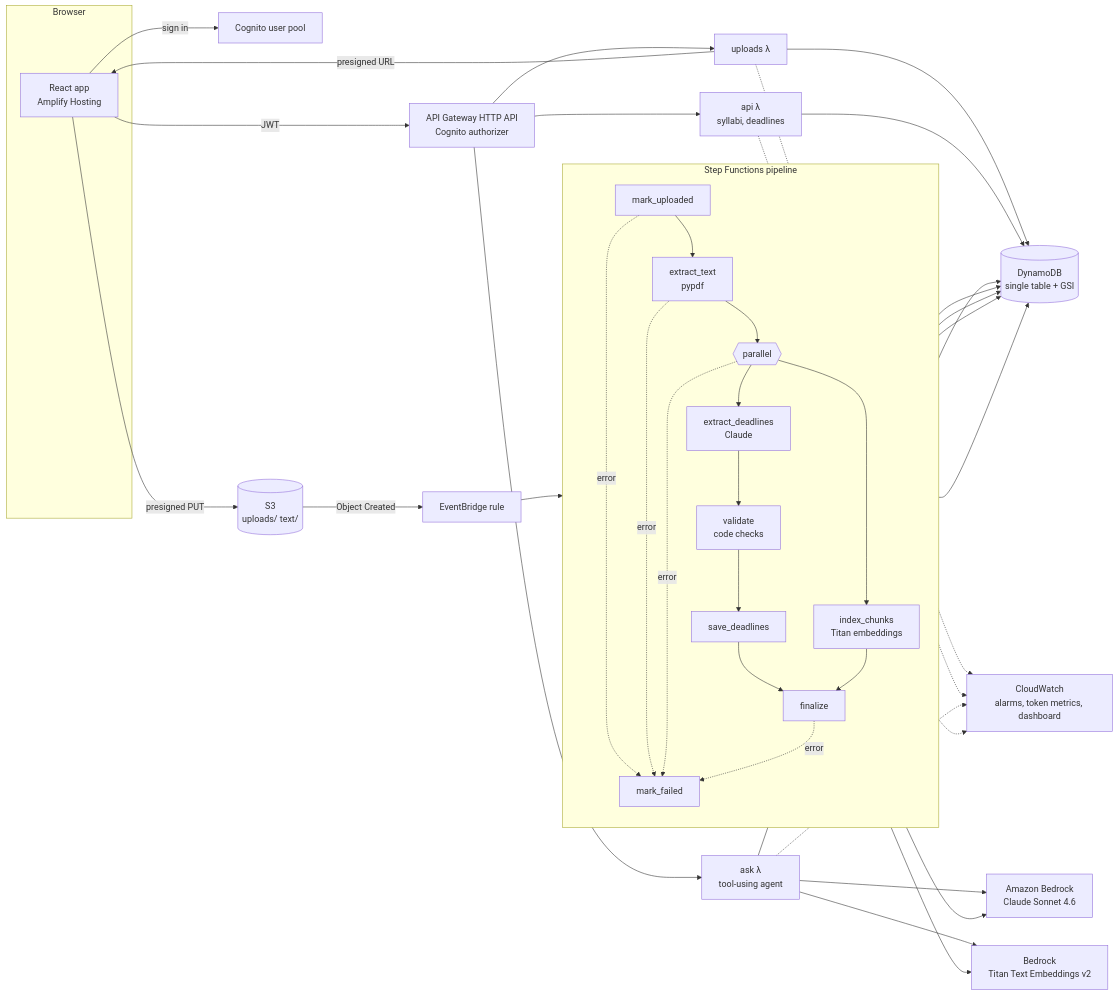
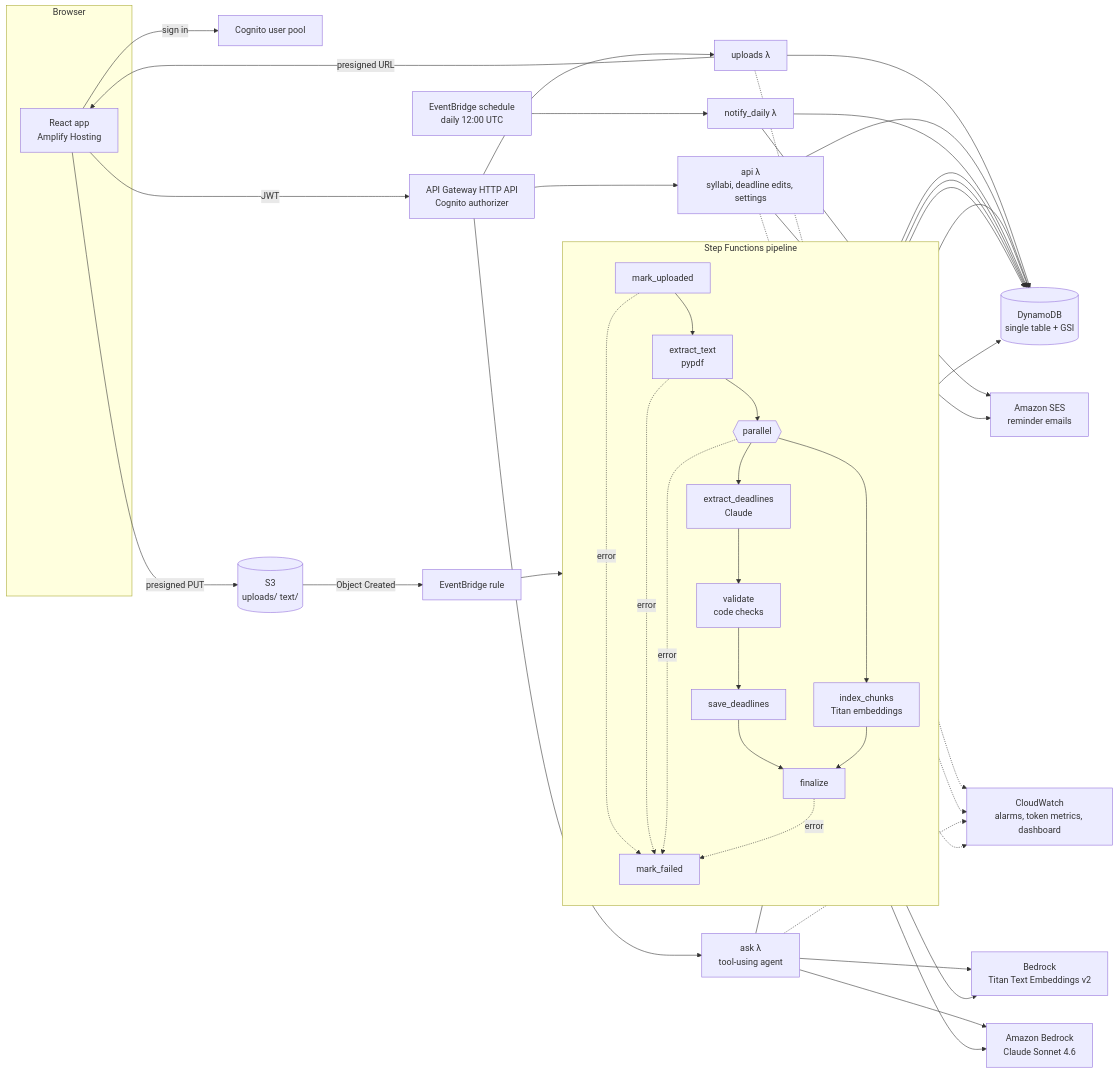
The diagram in README.md (WassayShahid/syllabus-agent), drawn with Mermaid before and after one commit. The commit also changed other lines of this file and 30 other files, not shown here.

````diff
--- a/README.md
+++ b/README.md
@@ -12,32 +14,34 @@
 ```mermaid
 flowchart LR
     subgraph Browser
       UI[React app<br/>Amplify Hosting]
     end
     UI -- sign in --> COG[Cognito user pool]
     UI -- JWT --> API[API Gateway HTTP API<br/>Cognito authorizer]
     UI -- presigned PUT --> S3[(S3<br/>uploads/ text/)]
 
     API --> UP[uploads λ] -- presigned URL --> UI
-    API --> RD[api λ<br/>syllabi, deadlines]
+    API --> RD[api λ<br/>syllabi, deadline edits, settings]
     API --> ASK[ask λ<br/>tool-using agent]
+    CRON[EventBridge schedule<br/>daily 12:00 UTC] --> NT[notify_daily λ]
+    NT & RD --> SES[Amazon SES<br/>reminder emails]
 
     S3 -- Object Created --> EB[EventBridge rule]
     EB --> SFN
 
     subgraph SFN[Step Functions pipeline]
       direction TB
       M[mark_uploaded] --> T[extract_text<br/>pypdf]
       T --> P{{parallel}}
       P --> X[extract_deadlines<br/>Claude] --> V[validate<br/>code checks] --> SV[save_deadlines]
       P --> IX[index_chunks<br/>Titan embeddings]
       SV --> F[finalize]
       IX --> F
       M & T & P & F -. error .-> FAIL[mark_failed]
     end
 
     X & ASK --> BR[Amazon Bedrock<br/>Claude Sonnet 4.6]
     IX & ASK --> TI[Bedrock<br/>Titan Text Embeddings v2]
-    UP & RD & ASK & SV & IX & F & FAIL --> DDB[(DynamoDB<br/>single table + GSI)]
+    UP & RD & ASK & SV & IX & F & FAIL & NT --> DDB[(DynamoDB<br/>single table + GSI)]
     SFN & UP & RD & ASK -.-> CW[CloudWatch<br/>alarms, token metrics, dashboard]
 ```
````
